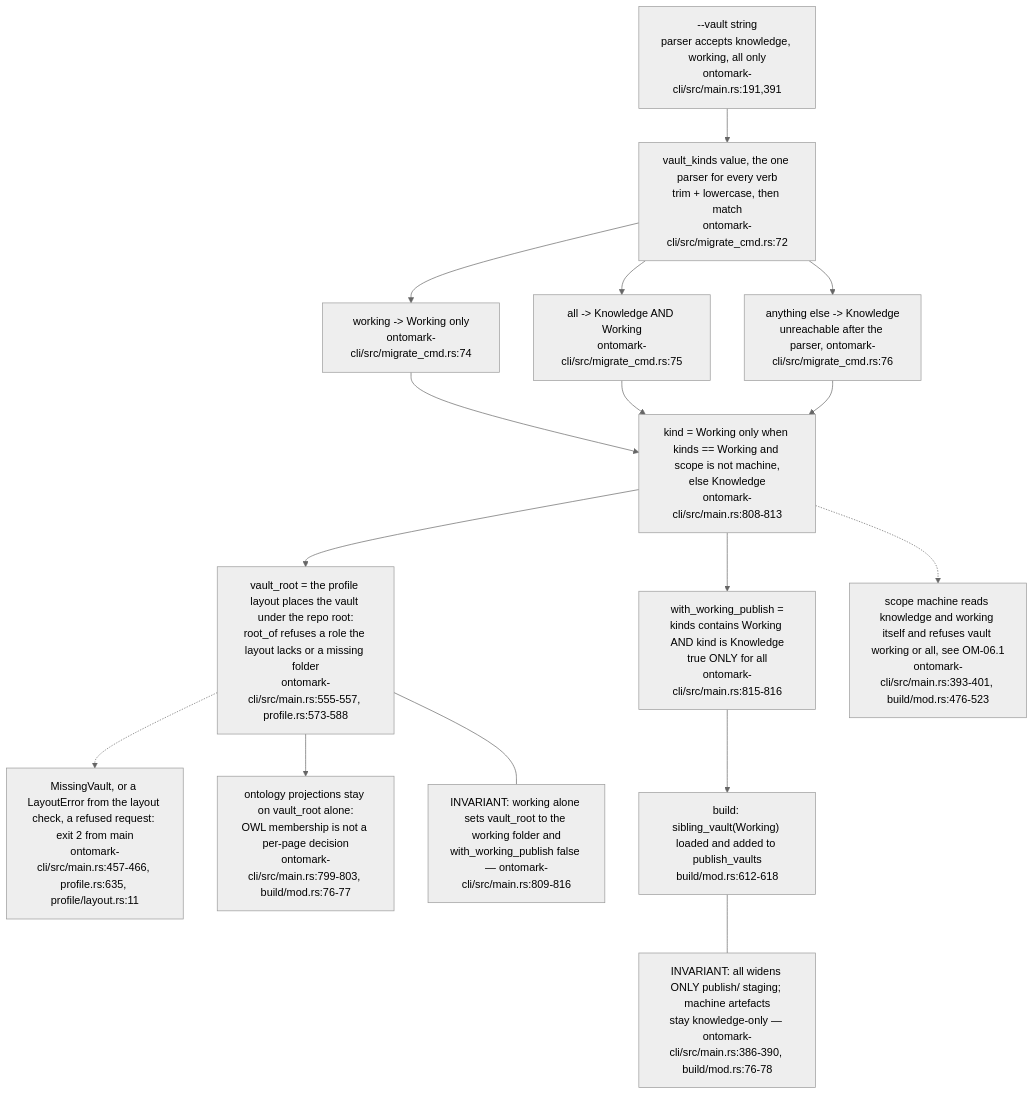
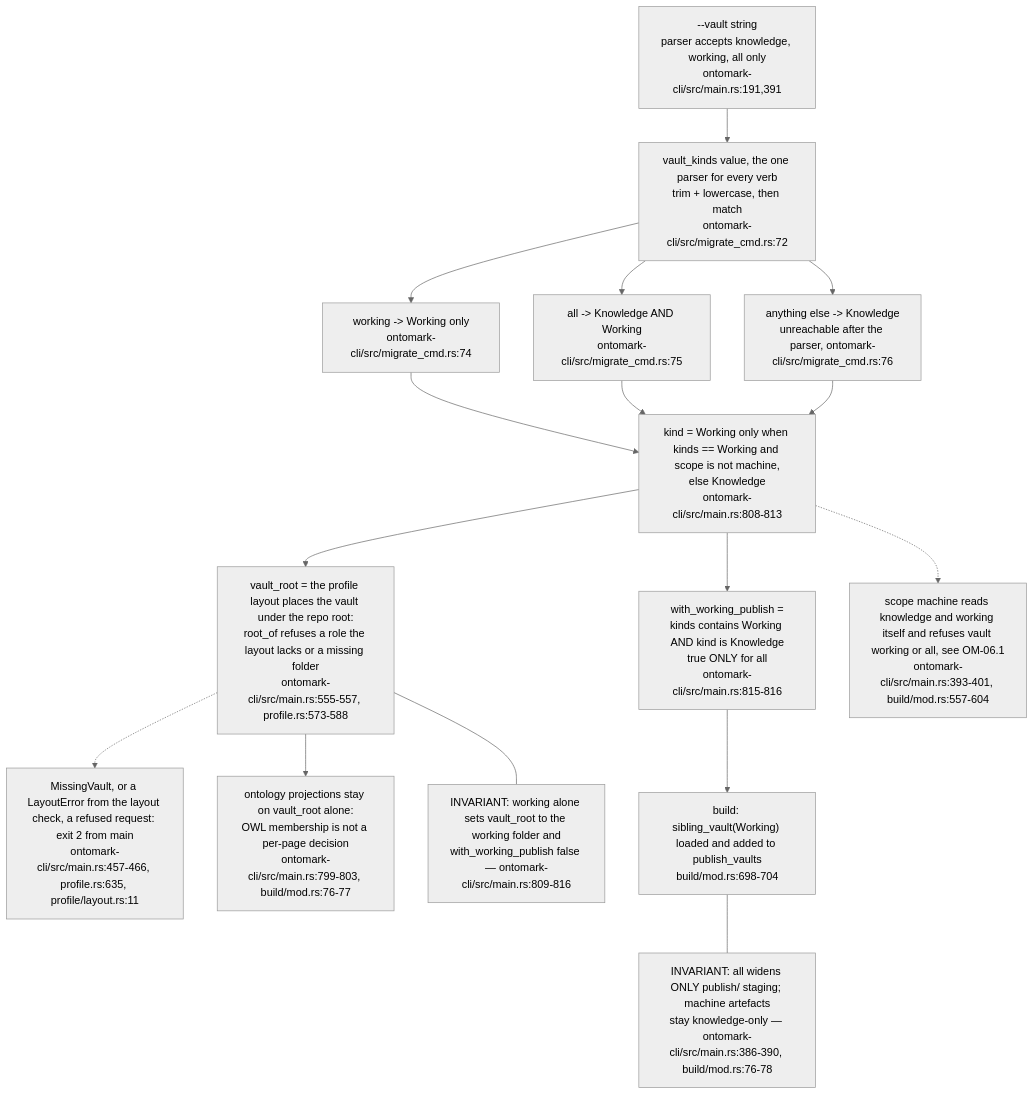
The second of 6 diagrams in docs/diagrams/ontomark/05-cli-commands-vault-selector-and-exit-codes.md (DreamLab-AI/VisionFlow), drawn with Mermaid (neutral theme) before and after one commit. The commit also changed other lines of this file and 1 other file, not shown here.

First line of the commit message:
docs(diagrams): OM-00, OM-05 — ADR-OM-005 reconciliation and repair; re-stamp ontomark at 6c3f693

````diff
--- a/docs/diagrams/ontomark/05-cli-commands-vault-selector-and-exit-codes.md
+++ b/docs/diagrams/ontomark/05-cli-commands-vault-selector-and-exit-codes.md
@@ -69,32 +69,32 @@
 ```mermaid
 flowchart TD
     FLAG["--vault string<br/>parser accepts knowledge, working, all only<br/>ontomark-cli/src/main.rs:191,391"]
     VK["vault_kinds value, the one parser for every verb<br/>trim + lowercase, then match<br/>ontomark-cli/src/migrate_cmd.rs:72"]
     W["working -> Working only<br/>ontomark-cli/src/migrate_cmd.rs:74"]
     A["all -> Knowledge AND Working<br/>ontomark-cli/src/migrate_cmd.rs:75"]
     K["anything else -> Knowledge<br/>unreachable after the parser, ontomark-cli/src/migrate_cmd.rs:76"]
     KIND["kind = Working only when kinds == Working and scope is not machine,<br/>else Knowledge<br/>ontomark-cli/src/main.rs:808-813"]
     ROOT["vault_root = the profile layout places the vault under the repo root:<br/>root_of refuses a role the layout lacks or a missing folder<br/>ontomark-cli/src/main.rs:555-557, profile.rs:573-588"]
     MISS["MissingVault, or a LayoutError from the layout check, a refused request: exit 2 from main<br/>ontomark-cli/src/main.rs:457-466, profile.rs:635, profile/layout.rs:11"]
     WWP["with_working_publish =<br/>kinds contains Working AND kind is Knowledge<br/>true ONLY for all<br/>ontomark-cli/src/main.rs:815-816"]
-    PUB["build: sibling_vault(Working) loaded and added to publish_vaults<br/>build/mod.rs:612-618"]
-    MS["scope machine reads knowledge and working itself and refuses vault working or all, see OM-06.1<br/>ontomark-cli/src/main.rs:393-401, build/mod.rs:476-523"]
+    PUB["build: sibling_vault(Working) loaded and added to publish_vaults<br/>build/mod.rs:698-704"]
+    MS["scope machine reads knowledge and working itself and refuses vault working or all, see OM-06.1<br/>ontomark-cli/src/main.rs:393-401, build/mod.rs:557-604"]
     ART["ontology projections stay on vault_root alone:<br/>OWL membership is not a per-page decision<br/>ontomark-cli/src/main.rs:799-803, build/mod.rs:76-77"]
     FLAG --> VK
     VK --> W
     VK --> A
     VK --> K
     W --> KIND
     A --> KIND
     K --> KIND
     KIND --> ROOT
     ROOT -.-> MISS
     KIND --> WWP
     WWP --> PUB
     ROOT --> ART
     n1["INVARIANT: all widens ONLY publish/ staging; machine artefacts<br/>stay knowledge-only — ontomark-cli/src/main.rs:386-390, build/mod.rs:76-78"]
     n2["INVARIANT: working alone sets vault_root to the working folder and<br/>with_working_publish false — ontomark-cli/src/main.rs:809-816"]
     PUB --- n1
     ROOT --- n2
     KIND -.-> MS
 ```
````
